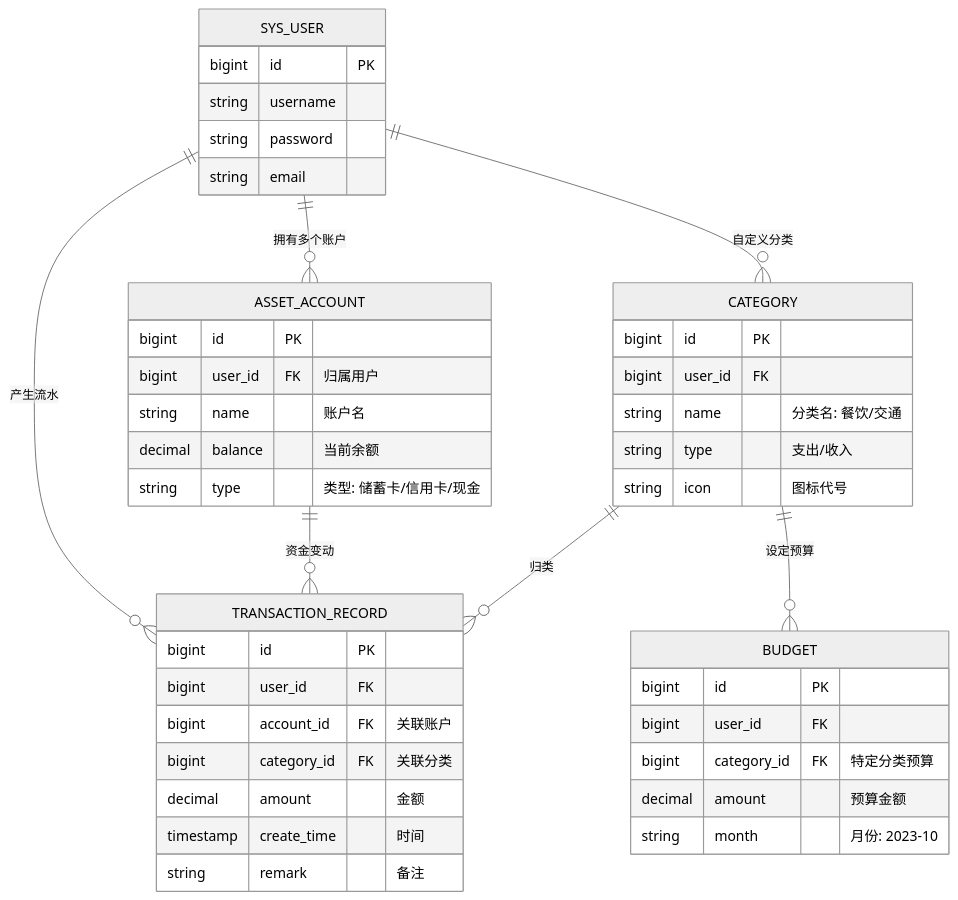
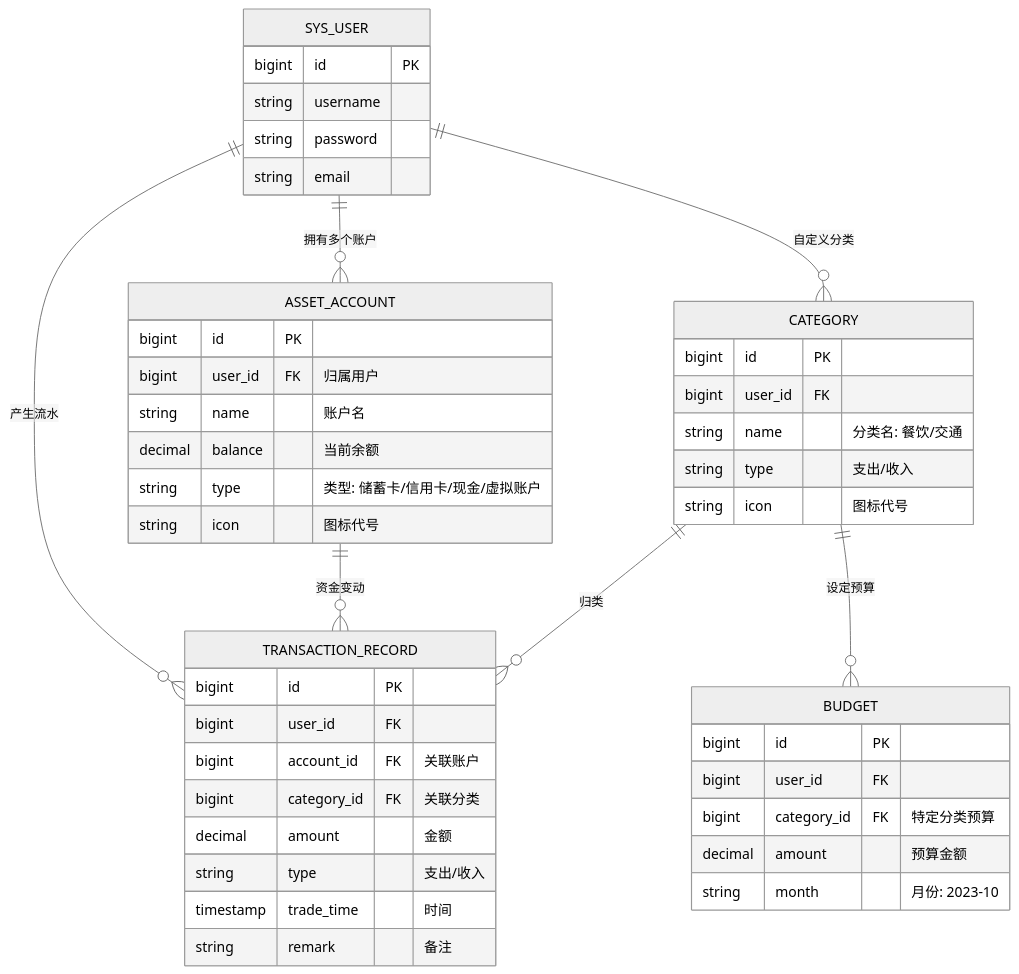
Before and after one commit to ML-Leslie/buzhang_database: the diagram in ER.md, drawn with Mermaid (neutral theme). The commit also changed 26 other files, not shown here.

````diff
--- a/ER.md
+++ b/ER.md
@@ -1,56 +1,58 @@
 ```mermaid
 erDiagram
     %% 用户表：系统的核心
     SYS_USER {
         bigint id PK
         string username
         string password
         string email
     }
 
     %% 资产账户表：存钱的地方（微信、银行卡）
     ASSET_ACCOUNT {
         bigint id PK
         bigint user_id FK "归属用户"
         string name "账户名"
         decimal balance "当前余额"
-        string type "类型: 储蓄卡/信用卡/现金"
+        string type "类型: 储蓄卡/信用卡/现金/虚拟账户"
+        string icon "图标代号"
     }
 
     %% 分类表：花钱的名目
     CATEGORY {
         bigint id PK
         bigint user_id FK
         string name "分类名: 餐饮/交通"
         string type "支出/收入"
         string icon "图标代号"
     }
 
     %% 预算表：每月的限额
     BUDGET {
         bigint id PK
         bigint user_id FK
         bigint category_id FK "特定分类预算"
         decimal amount "预算金额"
         string month "月份: 2023-10"
     }
 
     %% 交易流水表：核心记账本
     TRANSACTION_RECORD {
         bigint id PK
         bigint user_id FK
         bigint account_id FK "关联账户"
         bigint category_id FK "关联分类"
         decimal amount "金额"
-        timestamp create_time "时间"
+        string type "支出/收入"
+        timestamp trade_time "时间"
         string remark "备注"
     }
 
     %% 关系定义
     SYS_USER ||--o{ ASSET_ACCOUNT : "拥有多个账户"
     SYS_USER ||--o{ CATEGORY : "自定义分类"
     SYS_USER ||--o{ TRANSACTION_RECORD : "产生流水"
     ASSET_ACCOUNT ||--o{ TRANSACTION_RECORD : "资金变动"
     CATEGORY ||--o{ TRANSACTION_RECORD : "归类"
     CATEGORY ||--o{ BUDGET : "设定预算"
 ```
````
